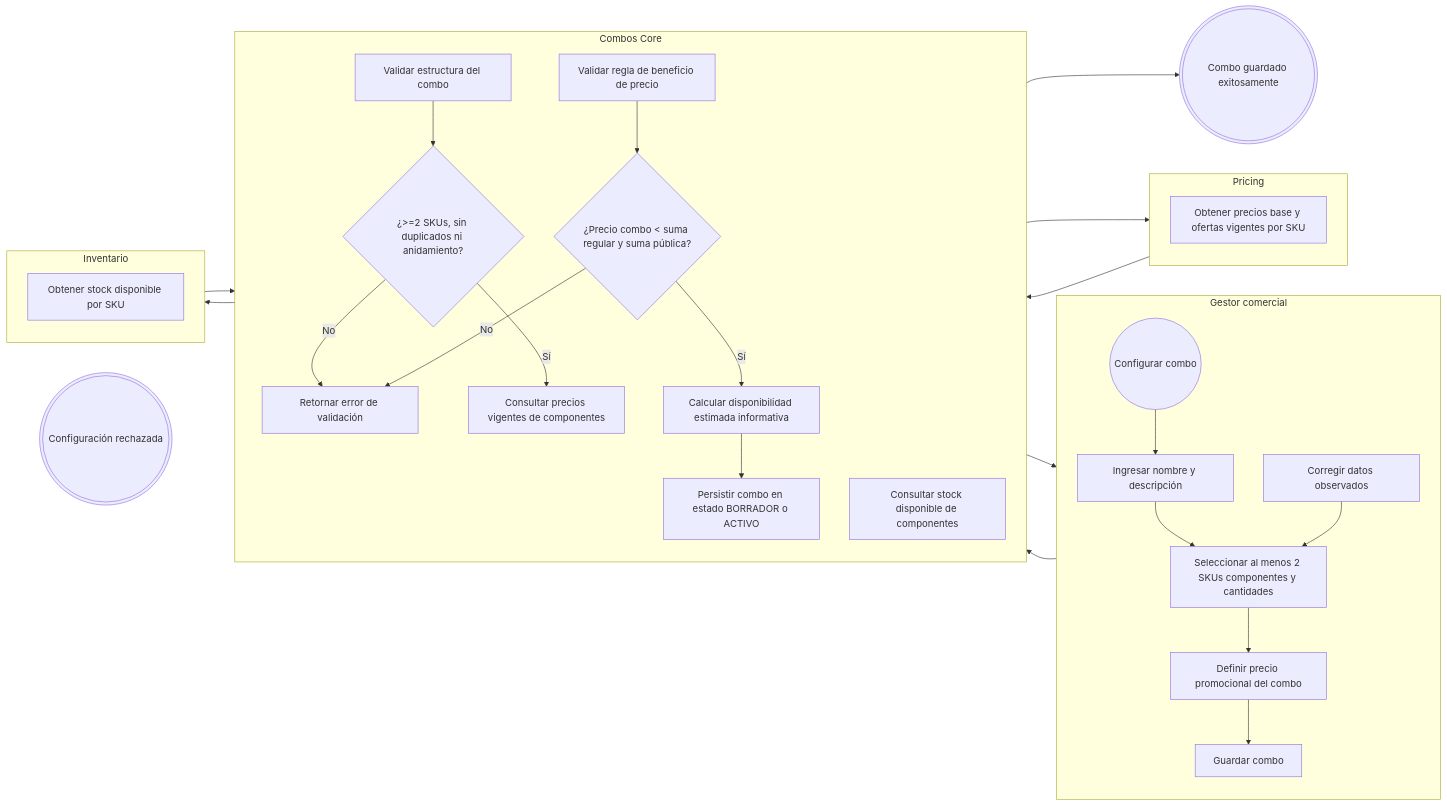
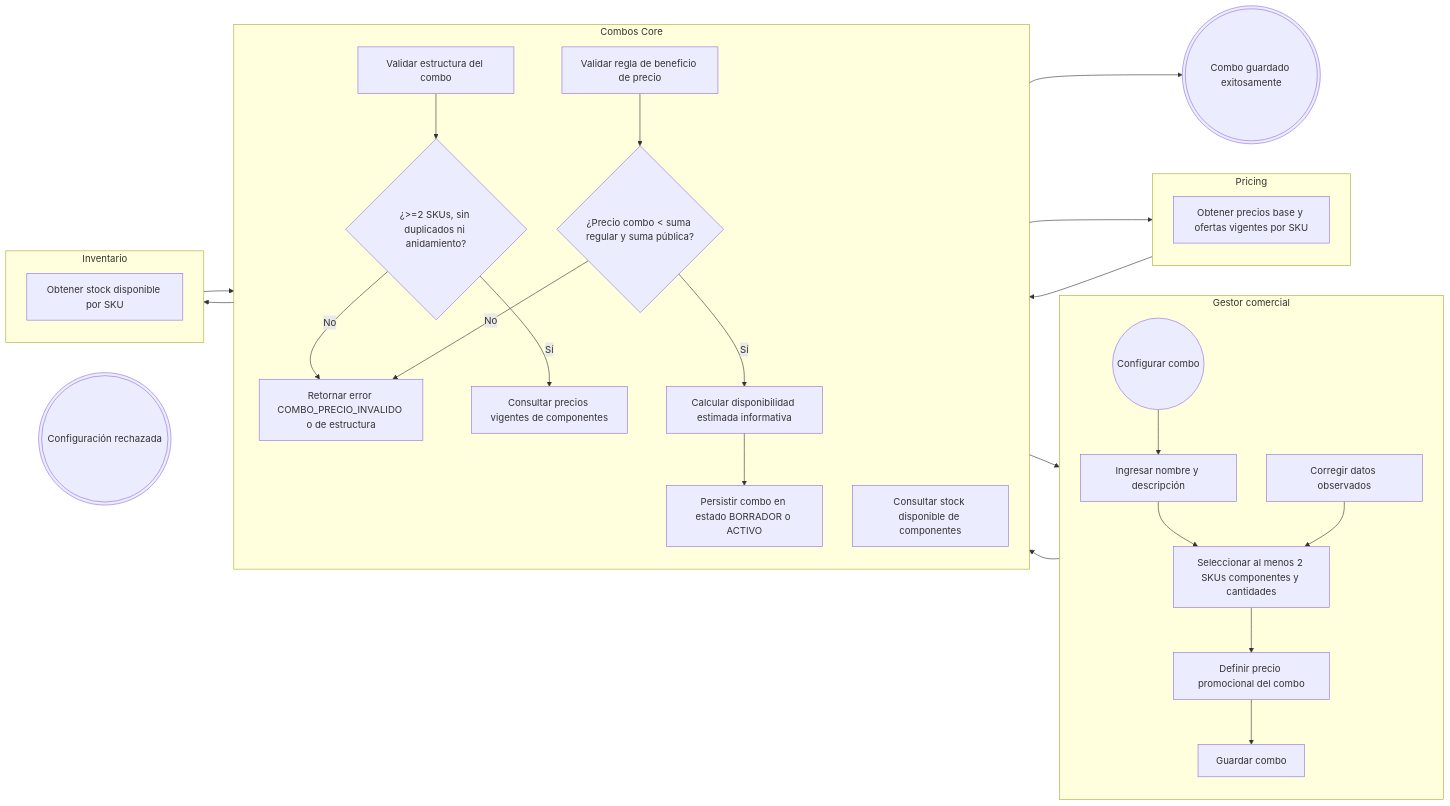
One commit to Taller-SW-Web/G6-Productos-Ofertas-docs changed the first of 3 diagrams in flujos/FLOW-002-gestion-combos-productos.md. Above: the diagram before and after it, drawn with Mermaid. The commit also changed other lines of this file and 6 other files, not shown here.

````diff
--- a/flujos/FLOW-002-gestion-combos-productos.md
+++ b/flujos/FLOW-002-gestion-combos-productos.md
@@ -34,59 +34,59 @@
 ```mermaid
 flowchart LR
 
     subgraph GESTOR["Gestor comercial"]
         direction TB
         INICIO((Configurar combo))
         G1["Ingresar nombre y descripción"]
         G2["Seleccionar al menos 2 SKUs componentes y cantidades"]
         G3["Definir precio promocional del combo"]
         G4["Guardar combo"]
         G5["Corregir datos observados"]
     end
 
     subgraph COMBOS["Combos Core"]
         direction TB
         C1["Validar estructura del combo"]
         D1{"¿>=2 SKUs, sin duplicados ni anidamiento?"}
         C2["Consultar precios vigentes de componentes"]
         C3["Consultar stock disponible de componentes"]
         C4["Validar regla de beneficio de precio"]
         D2{"¿Precio combo < suma regular y suma pública?"}
         C5["Calcular disponibilidad estimada informativa"]
         C6["Persistir combo en estado BORRADOR o ACTIVO"]
-        C7["Retornar error de validación"]
+        C7["Retornar error COMBO_PRECIO_INVALIDO o de estructura"]
     end
 
     subgraph PRICING["Pricing"]
         direction TB
         P1["Obtener precios base y ofertas vigentes por SKU"]
     end
 
     subgraph INVENTARIO["Inventario"]
         direction TB
         I1["Obtener stock disponible por SKU"]
     end
 
     FIN_CREADO(((Combo guardado exitosamente)))
     FIN_ERROR(((Configuración rechazada)))
 
     INICIO --> G1
     G1 --> G2
     G2 --> G3
     G3 --> G4
     G4 --> C1
     C1 --> D1
     D1 -->|"No"| C7
     C7 --> G5
     G5 --> G2
     D1 -->|"Sí"| C2
     C2 --> P1
     P1 --> C3
     C3 --> I1
     I1 --> C4
     C4 --> D2
     D2 -->|"No"| C7
     D2 -->|"Sí"| C5
     C5 --> C6
     C6 --> FIN_CREADO
 ```
````
